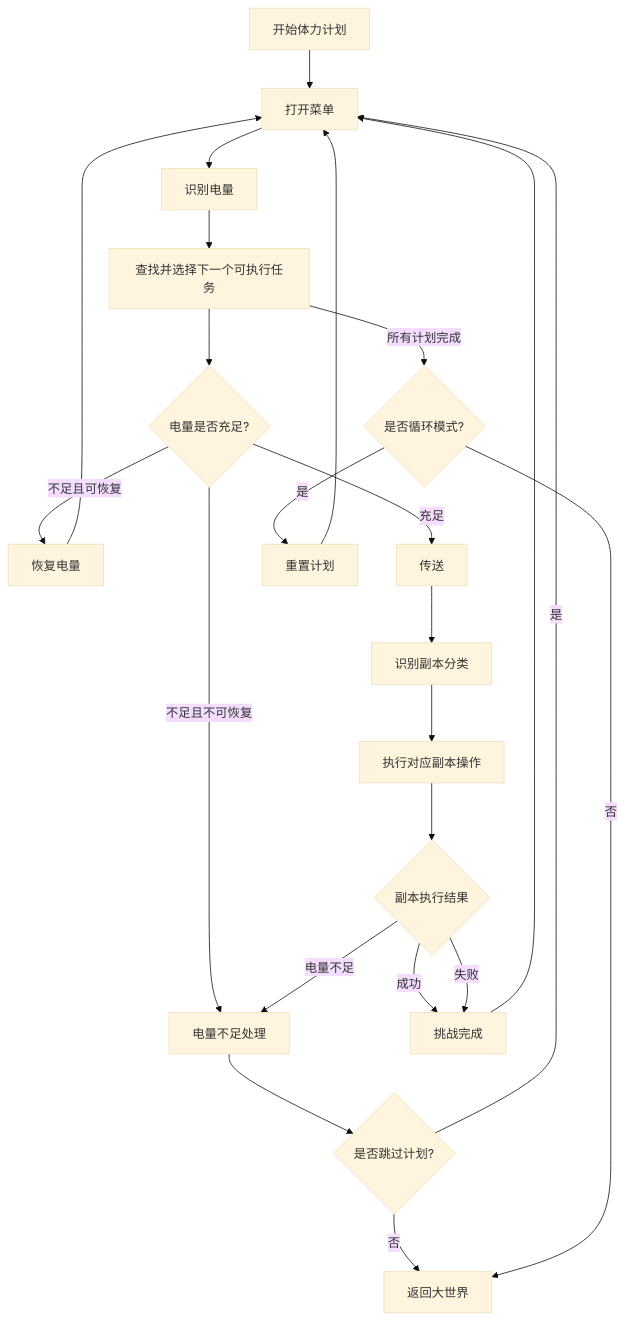
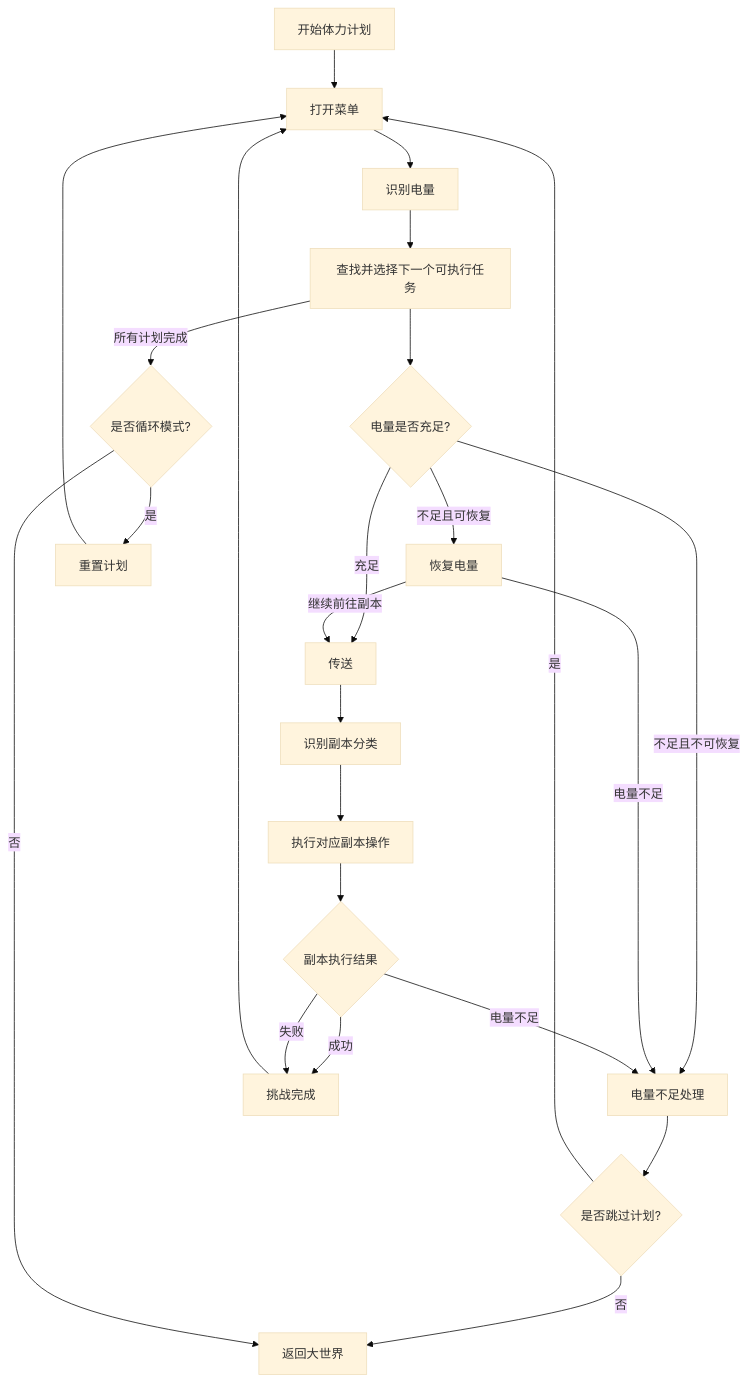
The diagram in docs/develop/zzz/application/charge_plan.md (OneDragon-Anything/ZenlessZoneZero-OneDragon), drawn with Mermaid (base theme) before and after one commit. The commit also changed other lines of this file, not shown here.

````diff
--- a/docs/develop/zzz/application/charge_plan.md
+++ b/docs/develop/zzz/application/charge_plan.md
@@ -169,24 +180,25 @@
 ```mermaid
 graph TD
     A["开始体力计划"] --> B["打开菜单"]
     B --> C["识别电量"]
     C --> D["查找并选择下一个可执行任务"]
     D --> E{"电量是否充足?"}
     E -->|不足且可恢复| F["恢复电量"]
     E -->|不足且不可恢复| G["电量不足处理"]
     E -->|充足| H["传送"]
-    F --> B
+    F -->|继续前往副本| H
+    F -->|电量不足| G
     G --> I{"是否跳过计划?"}
     I -->|是| B
     I -->|否| J["返回大世界"]
     H --> K["识别副本分类"]
     K --> L["执行对应副本操作"]
     L --> M{"副本执行结果"}
     M -->|成功| N["挑战完成"]
     M -->|电量不足| G
     M -->|失败| N
     N --> B
     D -->|所有计划完成| O{"是否循环模式?"}
     O -->|是| P["重置计划"] --> B
     O -->|否| J
 ```
````
